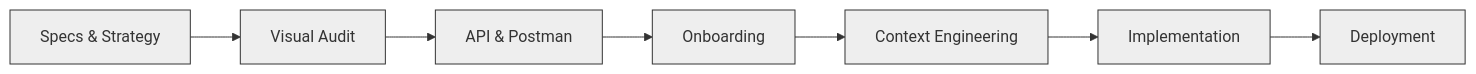
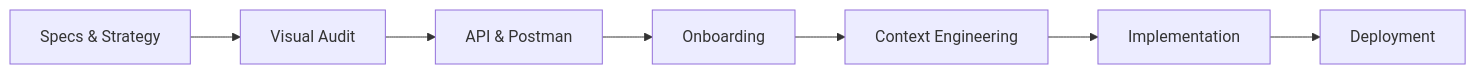
One commit to RomeoCavazza/dashboard changed the first of 2 diagrams in README.md. Above: the diagram before and after it, drawn with Mermaid.

Commit message:
docs: restore mermaid visibility and remove redundant strategy image

````diff
--- a/README.md
+++ b/README.md
@@ -36,17 +36,10 @@
 ```mermaid
 graph LR
     A[Specs & Strategy] --> B[Visual Audit]
     B --> C[API & Postman]
     C --> D[Onboarding]
     D --> E[Context Engineering]
     E --> F[Implementation]
     F --> G[Deployment]
     
-    style A fill:#eee,stroke:#333,stroke-width:1px
-    style B fill:#eee,stroke:#333,stroke-width:1px
-    style C fill:#eee,stroke:#333,stroke-width:1px
-    style D fill:#eee,stroke:#333,stroke-width:1px
-    style E fill:#eee,stroke:#333,stroke-width:1px
-    style F fill:#eee,stroke:#333,stroke-width:1px
-    style G fill:#eee,stroke:#333,stroke-width:1px
 ```
````
